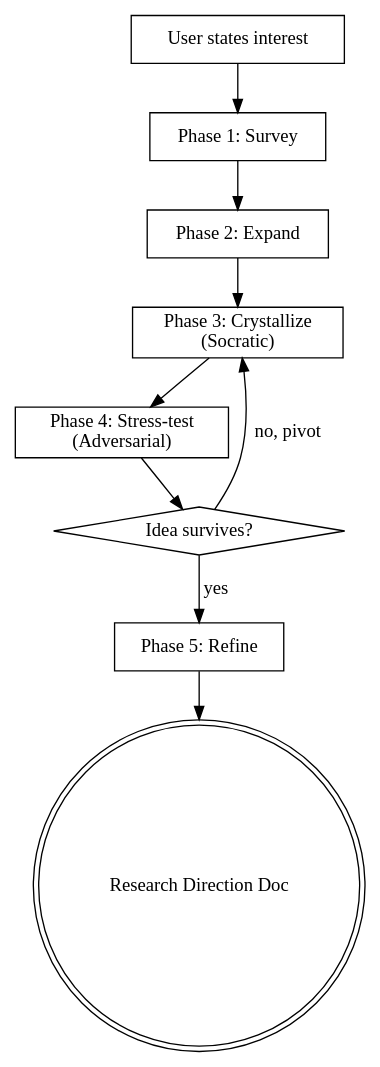
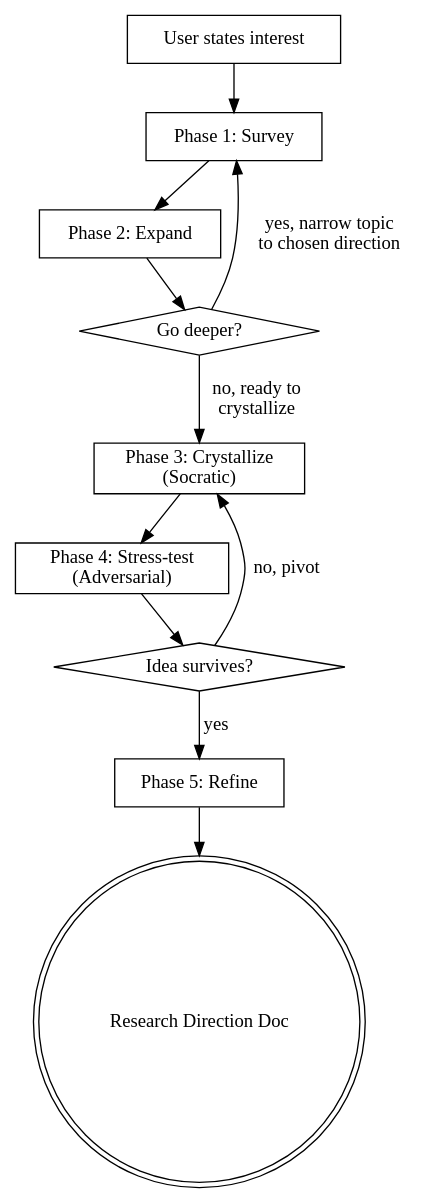
The second of 2 diagrams in skills/sci-brainstorm/SKILL.md (QuantumBFS/sci-brain), drawn with Graphviz before and after one commit. The commit also changed other lines of this file, not shown here.

First line of the commit message:
Add explore-deeper loop: Phase 2 can cycle back to Phase 1

````diff
--- a/skills/sci-brainstorm/SKILL.md
+++ b/skills/sci-brainstorm/SKILL.md
@@ -50,21 +50,24 @@
 ```dot
 digraph sci_brainstorm {
     "User states interest" [shape=box];
     "Phase 1: Survey" [shape=box];
     "Phase 2: Expand" [shape=box];
+    "Go deeper?" [shape=diamond];
     "Phase 3: Crystallize\n(Socratic)" [shape=box];
     "Phase 4: Stress-test\n(Adversarial)" [shape=box];
     "Idea survives?" [shape=diamond];
     "Phase 5: Refine" [shape=box];
     "Research Direction Doc" [shape=doublecircle];
 
     "User states interest" -> "Phase 1: Survey";
     "Phase 1: Survey" -> "Phase 2: Expand";
-    "Phase 2: Expand" -> "Phase 3: Crystallize\n(Socratic)";
+    "Phase 2: Expand" -> "Go deeper?";
+    "Go deeper?" -> "Phase 1: Survey" [label="yes, narrow topic\nto chosen direction"];
+    "Go deeper?" -> "Phase 3: Crystallize\n(Socratic)" [label="no, ready to\ncrystallize"];
     "Phase 3: Crystallize\n(Socratic)" -> "Phase 4: Stress-test\n(Adversarial)";
     "Phase 4: Stress-test\n(Adversarial)" -> "Idea survives?";
     "Idea survives?" -> "Phase 3: Crystallize\n(Socratic)" [label="no, pivot"];
     "Idea survives?" -> "Phase 5: Refine" [label="yes"];
     "Phase 5: Refine" -> "Research Direction Doc";
 }
 ```
````
